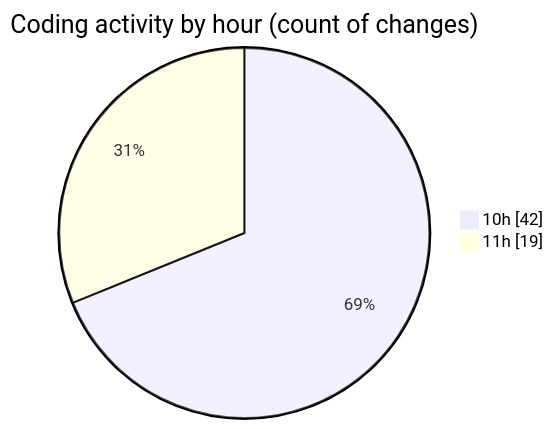
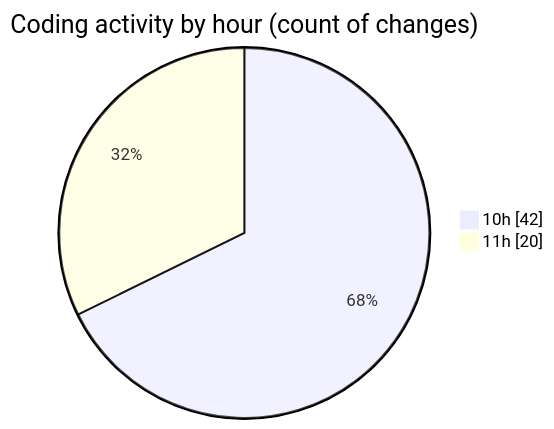
Before and after one commit to Ritupan-Deka/code-tracking: the second of 2 diagrams in 2025-07-04/urlwebwala_intership_work/README.md, drawn with Mermaid. The commit also changed other lines of this file and 1 other file, not shown here.

````diff
--- a/2025-07-04/urlwebwala_intership_work/README.md
+++ b/2025-07-04/urlwebwala_intership_work/README.md
@@ -30,6 +30,6 @@
 ```mermaid
 pie showData
 title Coding activity by hour (count of changes)
 "10h" : 42
-"11h" : 19
+"11h" : 20
 ```
````
